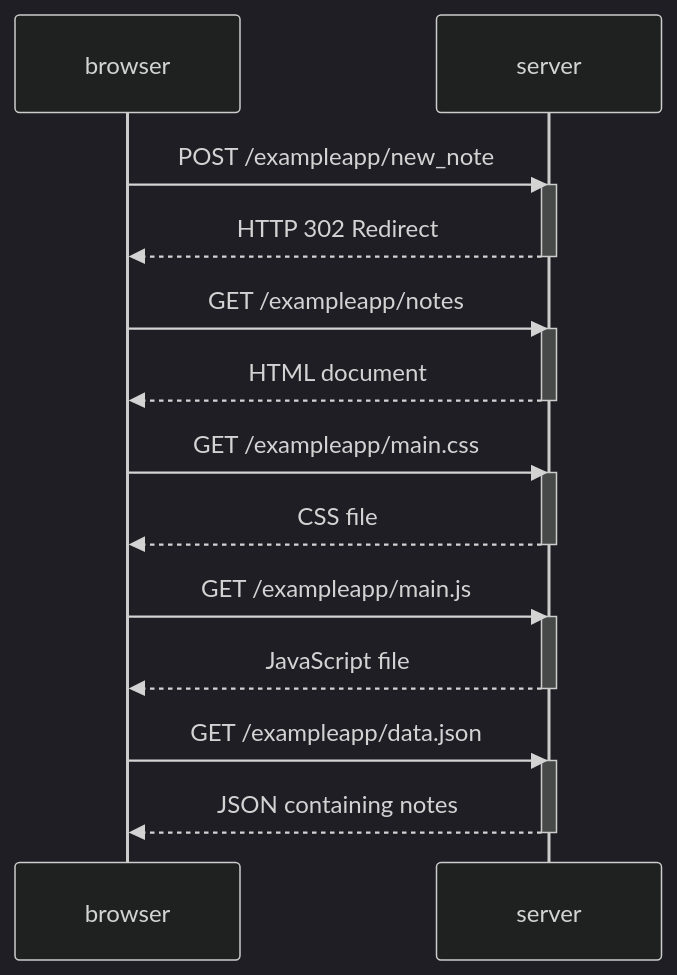
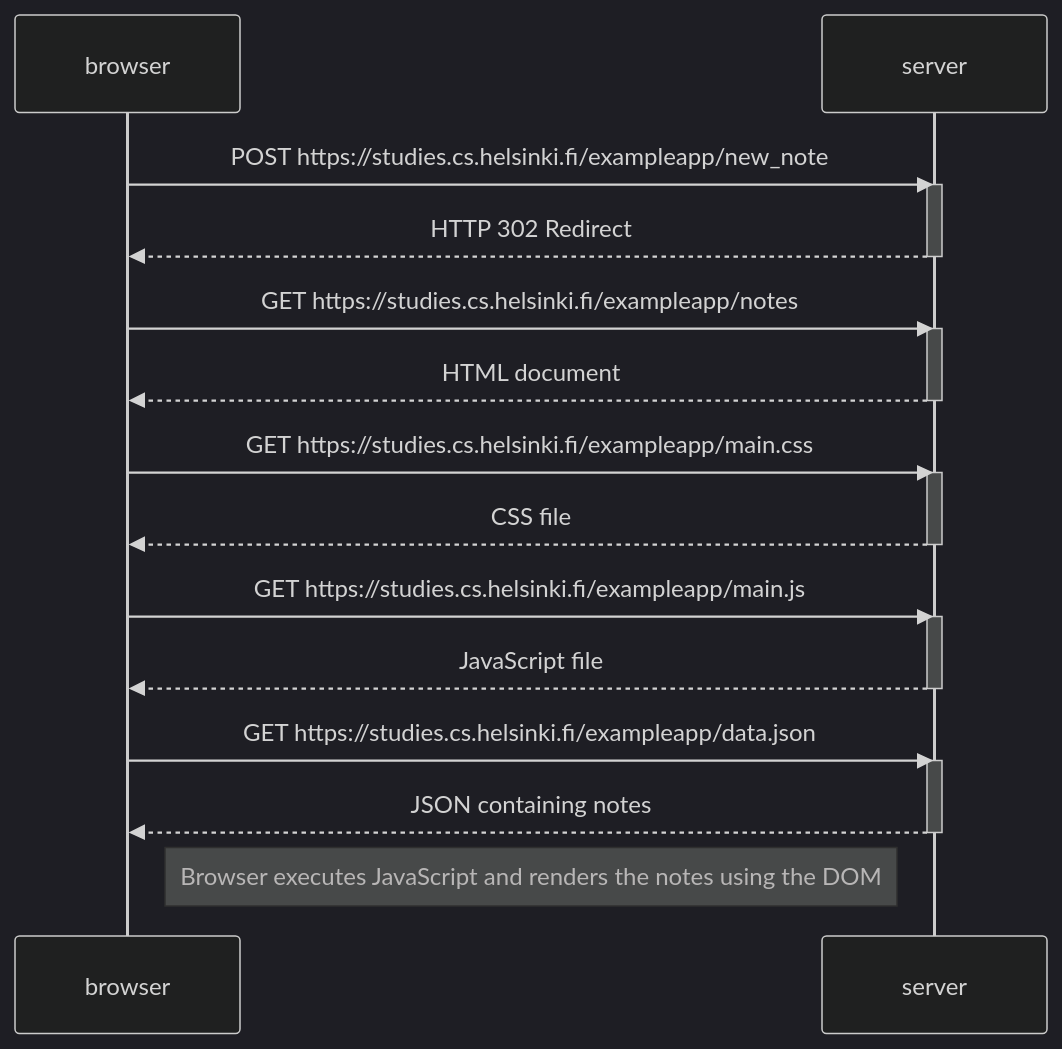
One commit to riyaBodwani/Full-stack-open changed the diagram in part0/0.4-new-note.md. Above: the diagram before and after it, drawn with Mermaid (dark theme).

Commit message:
Update URLs in sequence diagram to full paths

````diff
--- a/part0/0.4-new-note.md
+++ b/part0/0.4-new-note.md
@@ -1,30 +1,32 @@
 ```mermaid
 sequenceDiagram
     participant browser
     participant server
 
-    browser->>server: POST /exampleapp/new_note
+    browser->>server: POST https://studies.cs.helsinki.fi/exampleapp/new_note
     activate server
     server-->>browser: HTTP 302 Redirect
     deactivate server
 
-    browser->>server: GET /exampleapp/notes
+    browser->>server: GET https://studies.cs.helsinki.fi/exampleapp/notes
     activate server
     server-->>browser: HTML document
     deactivate server
 
-    browser->>server: GET /exampleapp/main.css
+    browser->>server: GET https://studies.cs.helsinki.fi/exampleapp/main.css
     activate server
     server-->>browser: CSS file
     deactivate server
 
-    browser->>server: GET /exampleapp/main.js
+    browser->>server: GET https://studies.cs.helsinki.fi/exampleapp/main.js
     activate server
     server-->>browser: JavaScript file
     deactivate server
 
-    browser->>server: GET /exampleapp/data.json
+    browser->>server: GET https://studies.cs.helsinki.fi/exampleapp/data.json
     activate server
     server-->>browser: JSON containing notes
     deactivate server
+
+    Note right of browser: Browser executes JavaScript and renders the notes using the DOM
 ```
````
